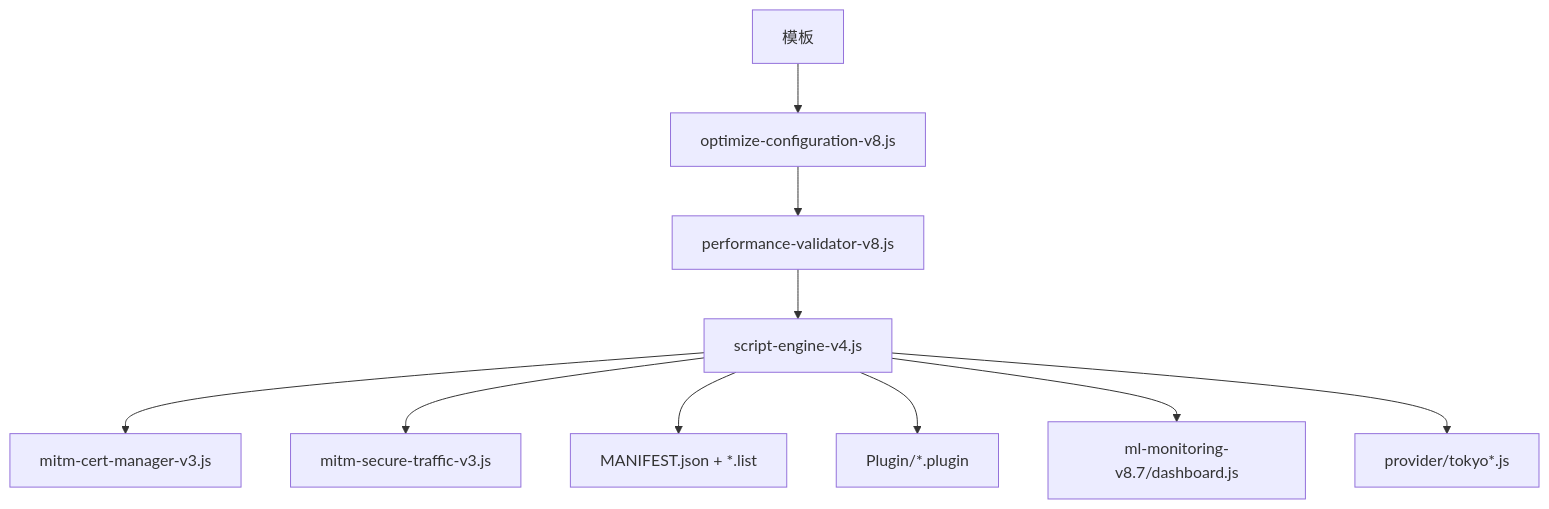
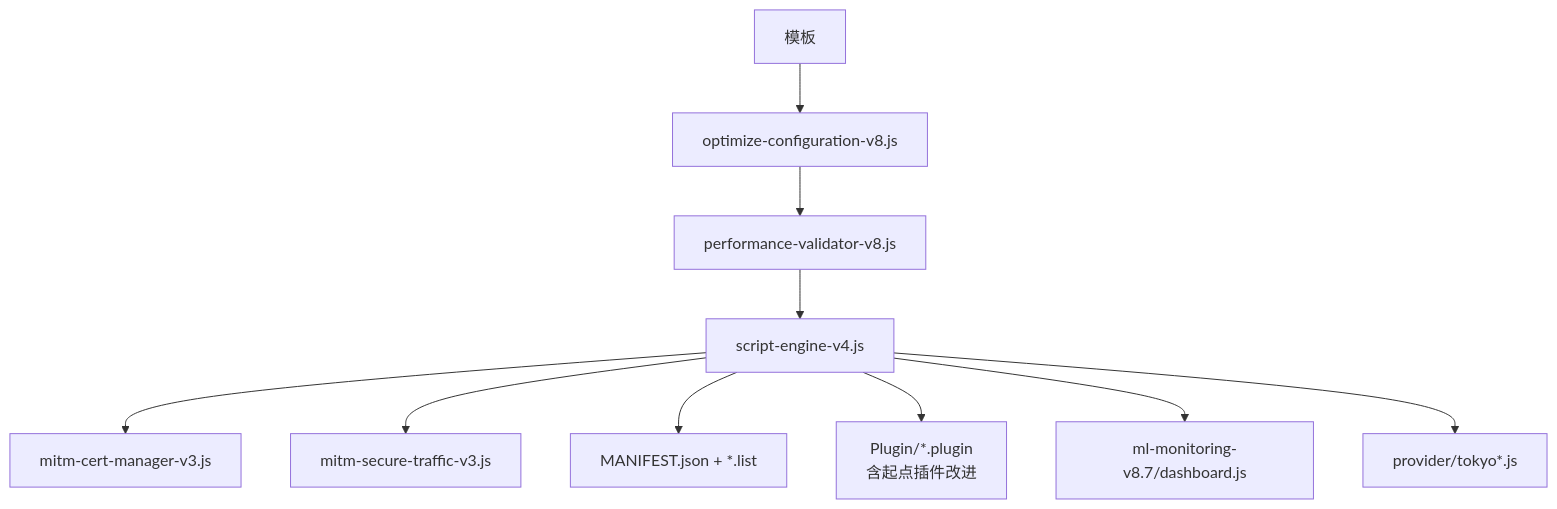
One commit to 3kaiu/config changed the eighth of 8 diagrams in .qoder/repowiki/zh/content/项目概览/v8.x版本文档.md. Above: the diagram before and after it, drawn with Mermaid. The commit also changed other lines of this file and 179 other files, not shown here.

````diff
--- a/.qoder/repowiki/zh/content/项目概览/v8.x版本文档.md
+++ b/.qoder/repowiki/zh/content/项目概览/v8.x版本文档.md
@@ -412,12 +431,12 @@
 ```mermaid
 graph TB
 TPL["模板"] --> OPT["optimize-configuration-v8.js"]
 OPT --> VAL["performance-validator-v8.js"]
 VAL --> ENG["script-engine-v4.js"]
 ENG --> MITM1["mitm-cert-manager-v3.js"]
 ENG --> MITM2["mitm-secure-traffic-v3.js"]
 ENG --> RULES["MANIFEST.json + *.list"]
-ENG --> PLUG["Plugin/*.plugin"]
+ENG --> PLUG["Plugin/*.plugin<br/>含起点插件改进"]
 ENG --> MON["ml-monitoring-v8.7/dashboard.js"]
 ENG --> PROV["provider/tokyo*.js"]
 ```
````
